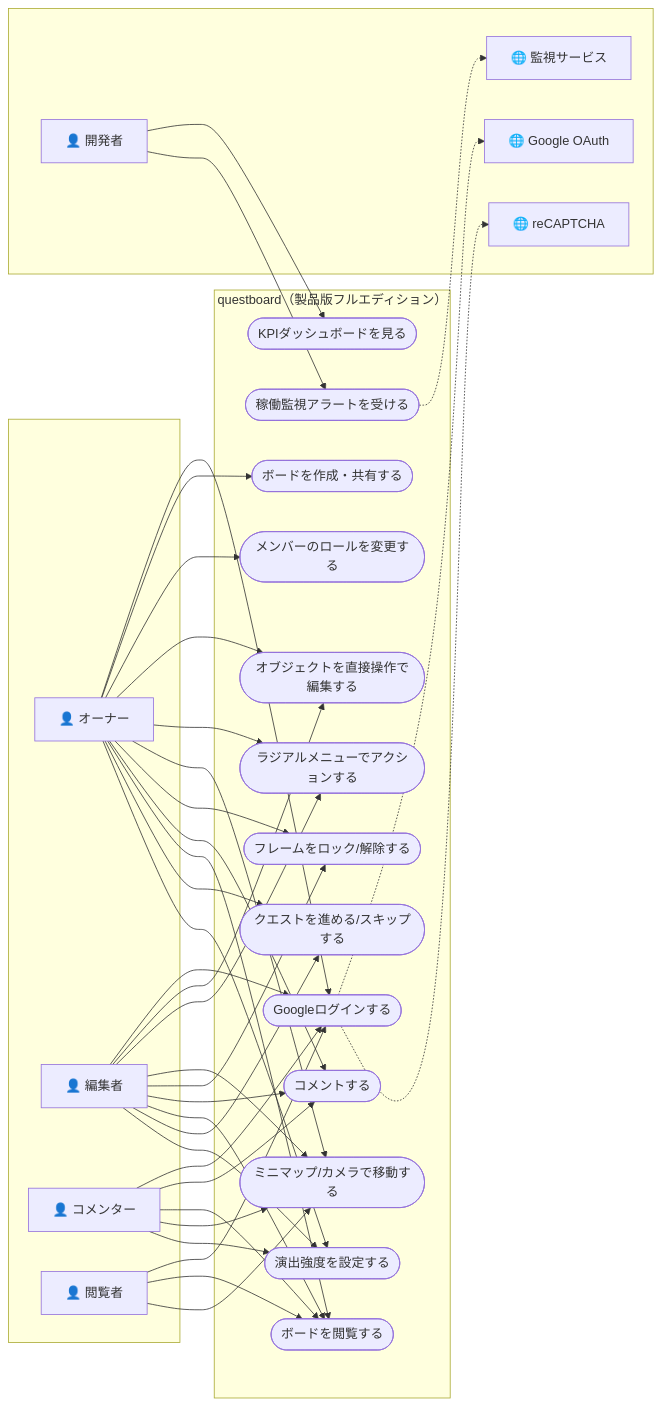
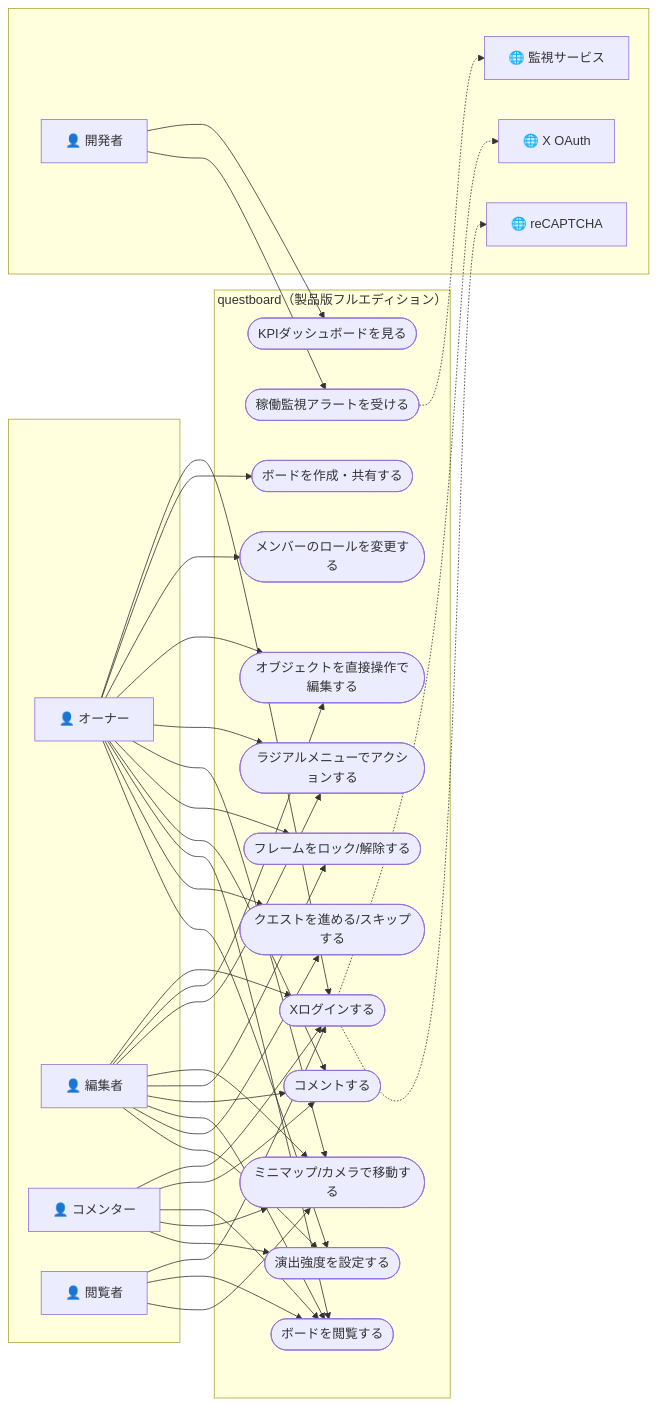
One commit to rictaworks/questboard changed the tenth of 10 diagrams in questboard_design_document.md. Above: the diagram before and after it, drawn with Mermaid. The commit also changed other lines of this file and 17 other files, not shown here.

````diff
--- a/questboard_design_document.md
+++ b/questboard_design_document.md
@@ -506,39 +506,39 @@
 ```mermaid
 flowchart LR
     subgraph actors_left [" "]
         OW["👤 オーナー"]
         ED["👤 編集者"]
         CM["👤 コメンター"]
         VW["👤 閲覧者"]
     end
     subgraph SYSTEM["questboard（製品版フルエディション）"]
-        UC1(["Googleログインする"])
+        UC1(["Xログインする"])
         UC2(["ボードを作成・共有する"])
         UC3(["メンバーのロールを変更する"])
         UC4(["オブジェクトを直接操作で編集する"])
         UC5(["ラジアルメニューでアクションする"])
         UC6(["ミニマップ/カメラで移動する"])
         UC7(["フレームをロック/解除する"])
         UC8(["コメントする"])
         UC9(["ボードを閲覧する"])
         UC10(["クエストを進める/スキップする"])
         UC11(["演出強度を設定する"])
         UC12(["KPIダッシュボードを見る"])
         UC13(["稼働監視アラートを受ける"])
     end
     subgraph actors_right [" "]
         DEV["👤 開発者"]
-        GOOG["🌐 Google OAuth"]
+        GOOG["🌐 X OAuth"]
         RCApt["🌐 reCAPTCHA"]
         MONI["🌐 監視サービス"]
     end
 
     OW --> UC1 & UC2 & UC3 & UC4 & UC5 & UC6 & UC7 & UC8 & UC9 & UC10 & UC11
     ED --> UC1 & UC4 & UC5 & UC6 & UC7 & UC8 & UC9 & UC10 & UC11
     CM --> UC1 & UC8 & UC9 & UC6 & UC11
     VW --> UC1 & UC9 & UC6
     DEV --> UC12 & UC13
     UC1 -.-> GOOG
     UC1 -.-> RCApt
     UC13 -.-> MONI
 ```
````
